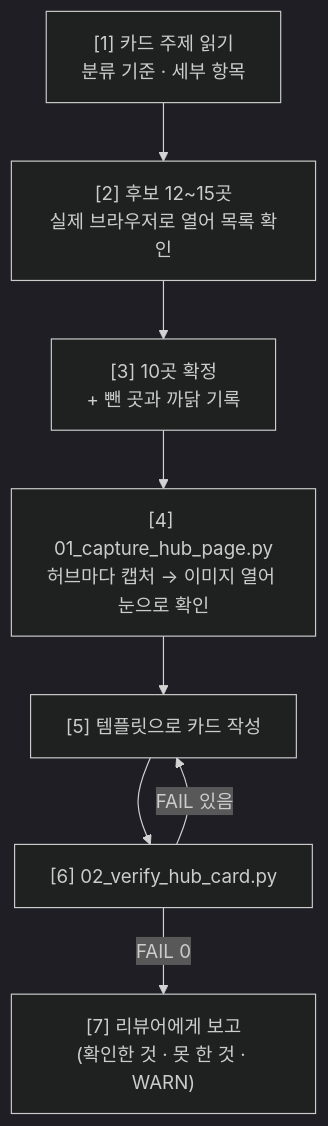
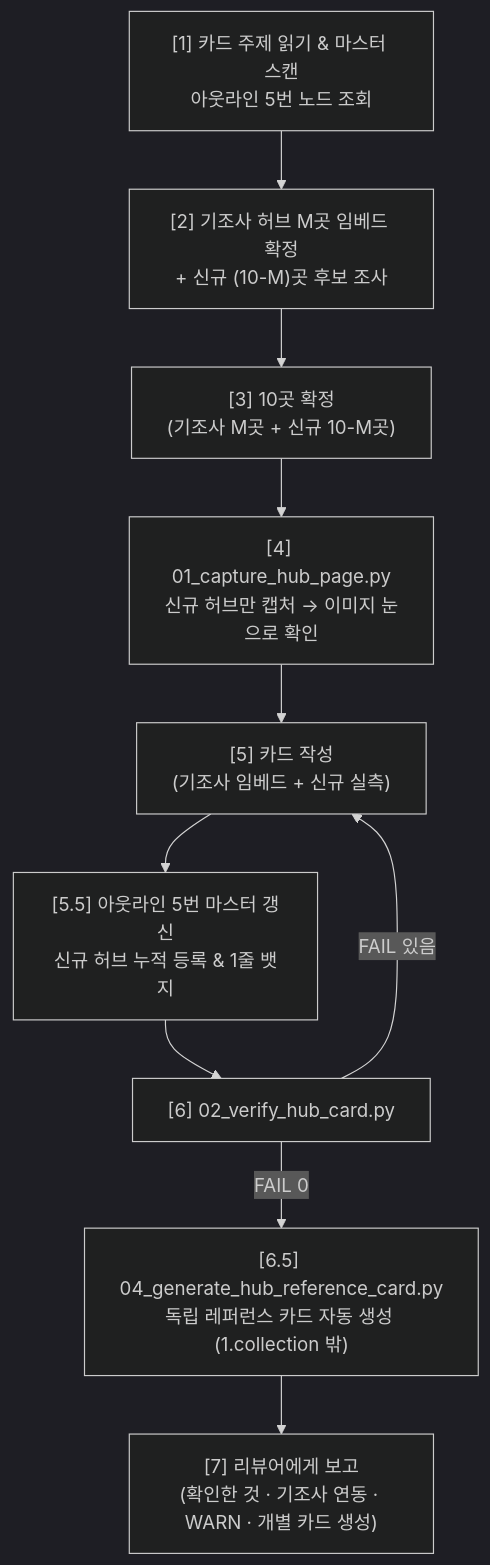
Before and after one commit to knee2420/VibePatchNote: the diagram in .agents/skills/external_pm_05_source_hub_card_generator/SKILL.md, drawn with Mermaid (dark theme). The commit also changed other lines of this file and 15 other files, not shown here.

````diff
--- a/.agents/skills/external_pm_05_source_hub_card_generator/SKILL.md
+++ b/.agents/skills/external_pm_05_source_hub_card_generator/SKILL.md
@@ -73,10 +110,12 @@
 ```mermaid
 flowchart TD
-    A["[1] 카드 주제 읽기<br/>분류 기준 · 세부 항목"] --> B["[2] 후보 12~15곳<br/>실제 브라우저로 열어 목록 확인"]
-    B --> C["[3] 10곳 확정<br/>+ 뺀 곳과 까닭 기록"]
-    C --> D["[4] 01_capture_hub_page.py<br/>허브마다 캡처 → 이미지 열어 눈으로 확인"]
-    D --> E["[5] 템플릿으로 카드 작성"]
-    E --> F["[6] 02_verify_hub_card.py"]
-    F -- "FAIL 있음" --> E
-    F -- "FAIL 0" --> G["[7] 리뷰어에게 보고<br/>(확인한 것 · 못 한 것 · WARN)"]
+    A["[1] 카드 주제 읽기 & 마스터 스캔<br/>아웃라인 5번 노드 조회"] --> B["[2] 기조사 허브 M곳 임베드 확정<br/>+ 신규 (10-M)곳 후보 조사"]
+    B --> C["[3] 10곳 확정<br/>(기조사 M곳 + 신규 10-M곳)"]
+    C --> D["[4] 01_capture_hub_page.py<br/>신규 허브만 캡처 → 이미지 눈으로 확인"]
+    D --> E["[5] 카드 작성<br/>(기조사 임베드 + 신규 실측)"]
+    E --> F["[5.5] 아웃라인 5번 마스터 갱신<br/>신규 허브 누적 등록 & 1줄 뱃지"]
+    F --> G["[6] 02_verify_hub_card.py"]
+    G -- "FAIL 있음" --> E
+    G -- "FAIL 0" --> H["[6.5] 04_generate_hub_reference_card.py<br/>독립 레퍼런스 카드 자동 생성 (1.collection 밖)"]
+    H --> I["[7] 리뷰어에게 보고<br/>(확인한 것 · 기조사 연동 · WARN · 개별 카드 생성)"]
 ```
````
